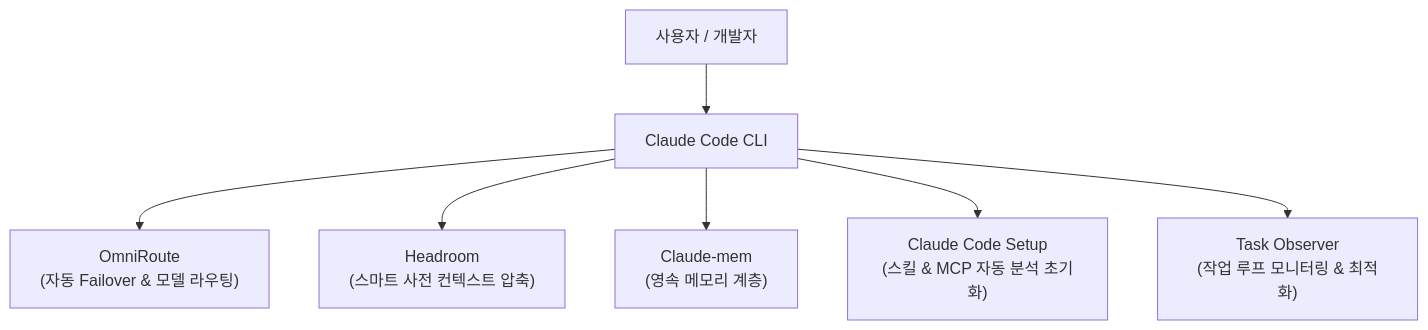
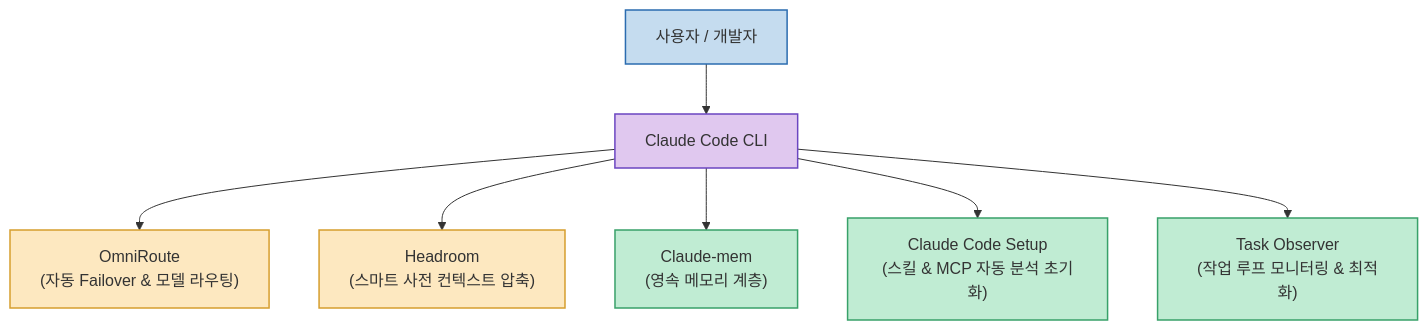
Before and after one commit to gyuha/gyuha.github.io: the diagram in content/post/2026/08/2026-08-20-claude-essential-5-tools-token-optimization.md, drawn with Mermaid. The commit also changed 937 other files, not shown here.

````diff
--- a/content/post/2026/08/2026-08-20-claude-essential-5-tools-token-optimization.md
+++ b/content/post/2026/08/2026-08-20-claude-essential-5-tools-token-optimization.md
@@ -31,9 +31,19 @@
 ```mermaid
 flowchart TD
+    classDef inputNode fill:#c5dcef,stroke:#2b6cb0,stroke-width:1.5px,color:#333;
+    classDef coreNode fill:#e0c8ef,stroke:#6b46c1,stroke-width:1.5px,color:#333;
+    classDef optNode fill:#fde8c0,stroke:#d69e2e,stroke-width:1.5px,color:#333;
+    classDef memNode fill:#c0ecd3,stroke:#38a169,stroke-width:1.5px,color:#333;
+
     User["사용자 / 개발자"] --> Claude["Claude Code CLI"]
-    Claude --> Omni["OmniRoute\n(자동 Failover & 모델 라우팅)"]
-    Claude --> Head["Headroom\n(스마트 사전 컨텍스트 압축)"]
-    Claude --> Mem["Claude-mem\n(영속 메모리 계층)"]
-    Claude --> Setup["Claude Code Setup\n(스킬 & MCP 자동 분석 초기화)"]
-    Claude --> Obs["Task Observer\n(작업 루프 모니터링 & 최적화)"]
+    Claude --> Omni["OmniRoute<br>(자동 Failover & 모델 라우팅)"]
+    Claude --> Head["Headroom<br>(스마트 사전 컨텍스트 압축)"]
+    Claude --> Mem["Claude-mem<br>(영속 메모리 계층)"]
+    Claude --> Setup["Claude Code Setup<br>(스킬 & MCP 자동 분석 초기화)"]
+    Claude --> Obs["Task Observer<br>(작업 루프 모니터링 & 최적화)"]
+
+    class User inputNode;
+    class Claude coreNode;
+    class Omni,Head optNode;
+    class Mem,Setup,Obs memNode;
 ```
````
